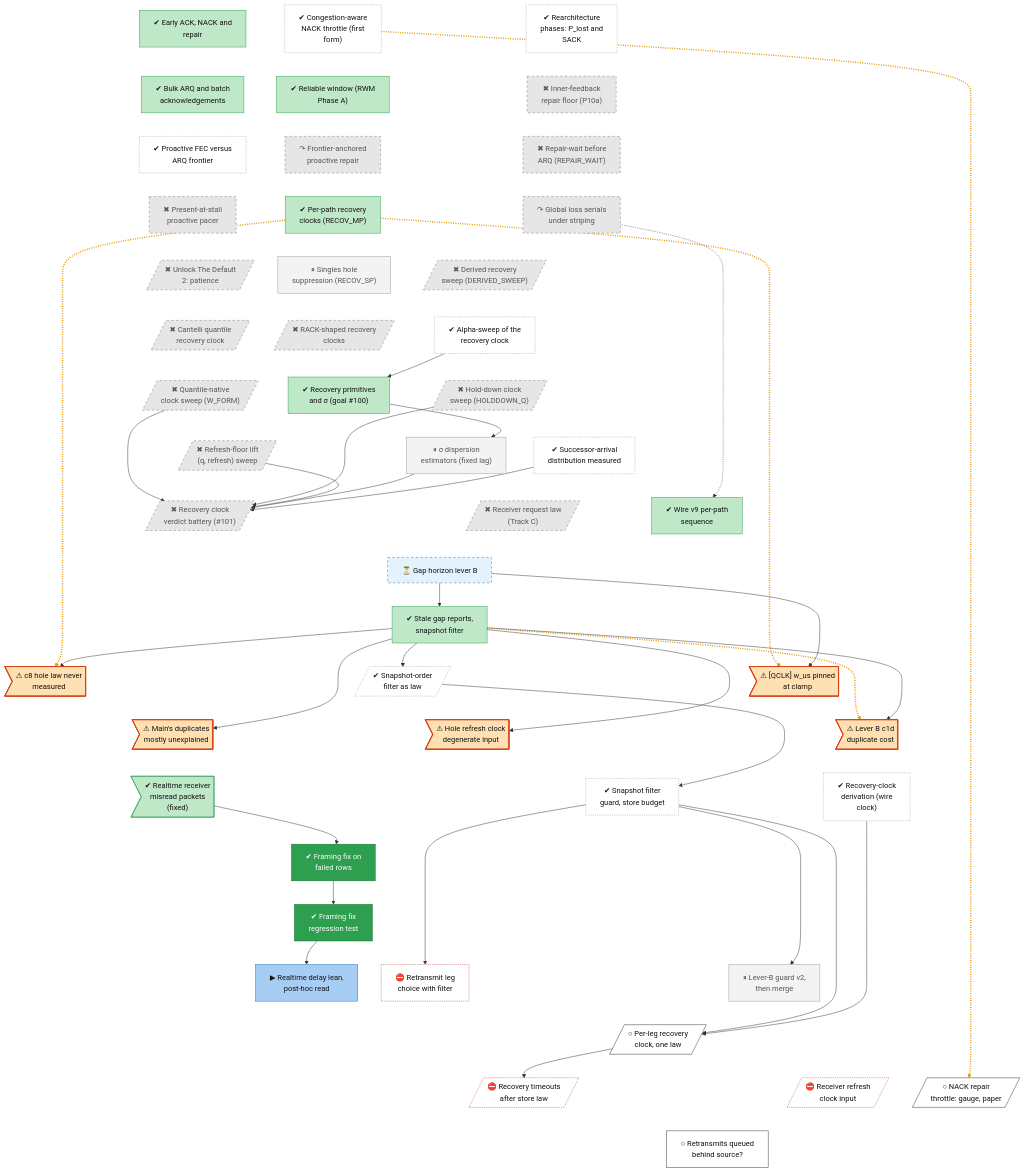
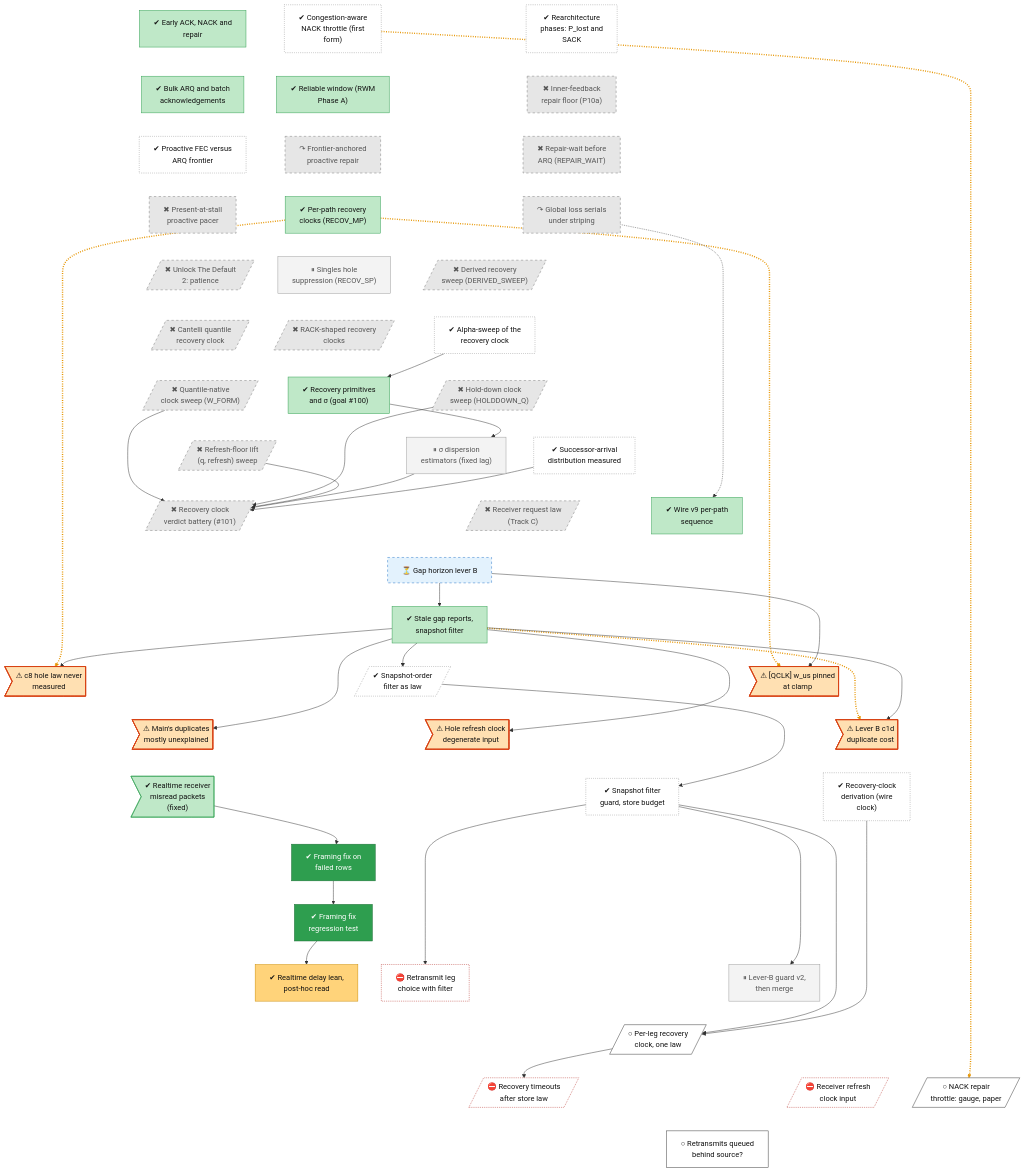
The diagram in docs/roadmap/tracks/rec.md (lhns/raptorpath), drawn with Mermaid before and after one commit. The commit also changed other lines of this file and 5 other files, not shown here.

First line of the commit message:
roadmap: completeness fixes - central claims back on the overview, jitter-free sweep hangs off the slow-link re-run, knee re-derivation closed and replaced by the sampler design, the pacer finding gates the off-Bulk session, owner calls 11-15 as nodes, the delay-lean read done

````diff
--- a/docs/roadmap/tracks/rec.md
+++ b/docs/roadmap/tracks/rec.md
@@ -49,7 +49,7 @@
     rec_defect_realtime_framing>"✔ Realtime receiver<br/>misread packets<br/>(fixed)"]
     rec_s63_f2_first_contact["✔ Framing fix on<br/>failed rows"]
     rec_f2_merge_guard["✔ Framing fix<br/>regression test"]
-    rec_s64_delay_lean["▶ Realtime delay lean,<br/>post-hoc read"]
+    rec_s64_delay_lean["✔ Realtime delay lean,<br/>post-hoc read"]
     rec_w0_leg_question["⛔ Retransmit leg<br/>choice with filter"]
     rec_leverb_guard["⏸ Lever-B guard v2,<br/>then merge"]
     rec_fix_perleg_clock_n1[/"○ Per-leg recovery<br/>clock, one law"/]
@@ -159,7 +159,7 @@
     class rec_gap_horizon waiting
     class rec_defect_qclk_clamp,rec_defect_hole_law,rec_defect_refresh_input,rec_leverb_c1d_cost,rec_defect_base_duplicates defect
     class rec_s63_f2_first_contact,rec_f2_merge_guard vsucc
-    class rec_s64_delay_lean inprog
+    class rec_s64_delay_lean mixed
     class rec_w0_leg_question,rec_recovery_timeouts,rec_fix_refresh_clock blocked
     class rec_fix_perleg_clock_n1,rec_fix_nack_throttle,rec_retx_behind_source next
 ```
````
